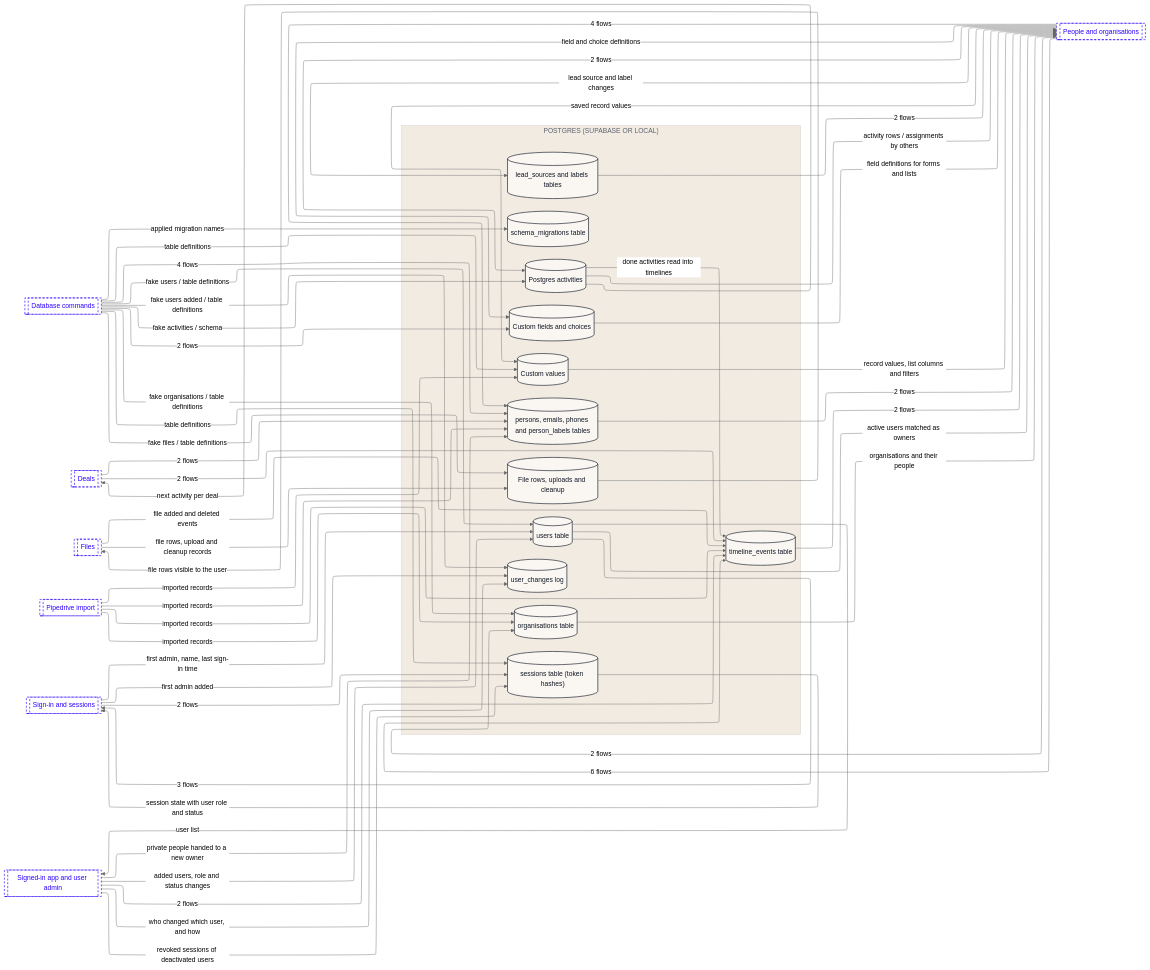
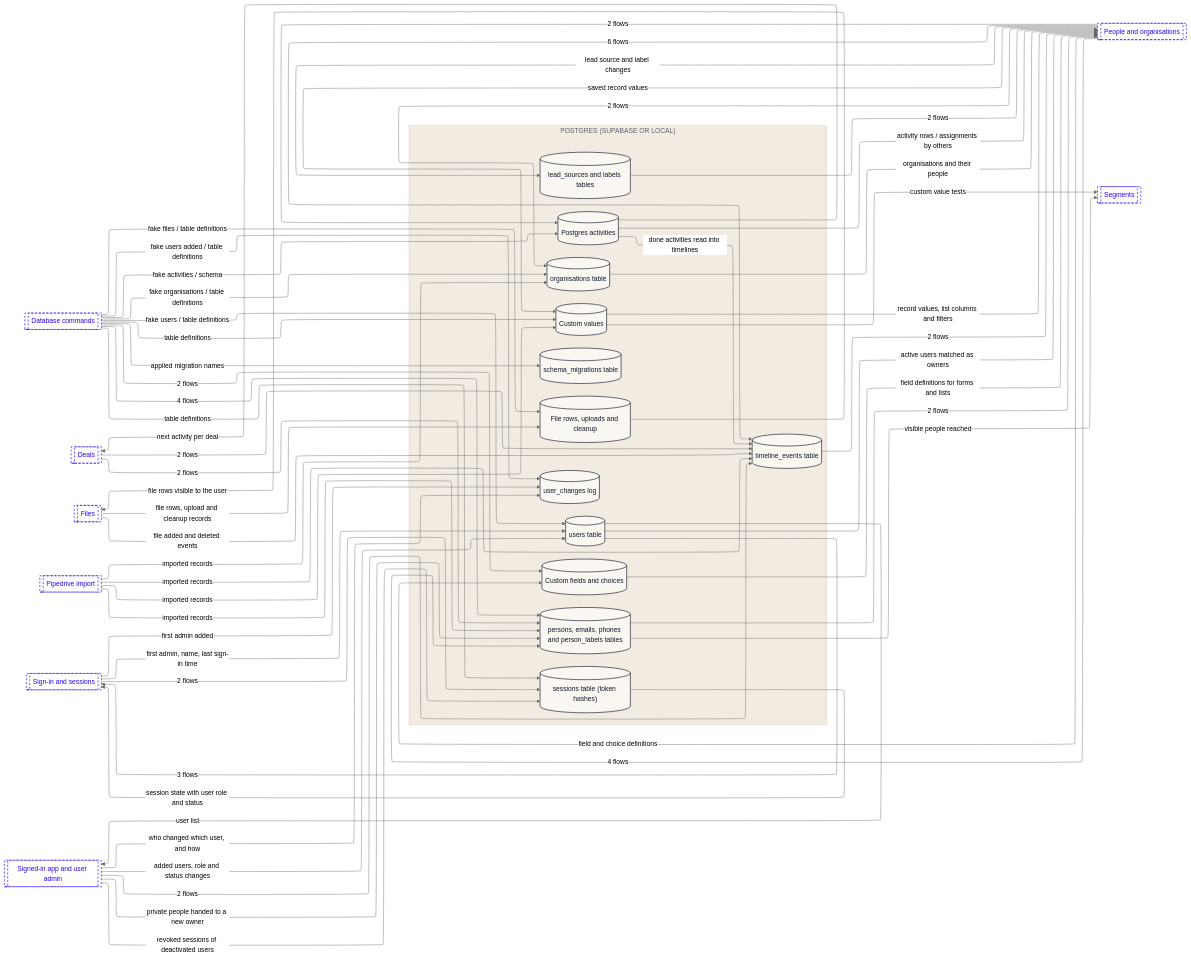
Before and after one commit to Romain-Perche/Barnacle-Pipe: the third of 13 diagrams in dataflow/DATAFLOW.md, drawn with Mermaid (neutral theme). The commit also changed other lines of this file and 8 other files, not shown here.

````diff
--- a/dataflow/DATAFLOW.md
+++ b/dataflow/DATAFLOW.md
@@ -213,8 +222,9 @@
     n15[["Files"]]
     n16[["Pipedrive import"]]
     n17[["People and organisations"]]
-    n18[["Sign-in and sessions"]]
-    n19[["Signed-in app and user admin"]]
+    n18[["Segments"]]
+    n19[["Sign-in and sessions"]]
+    n20[["Signed-in app and user admin"]]
     n17 -->|"2 flows"| n1
     n17 -->|"4 flows"| n7
     n1 -->|"activity rows / assignments by others"| n17
@@ -222,15 +232,16 @@
     n1 -->|"done activities read into timelines"| n10
     n17 -->|"lead source and label changes"| n2
     n2 -->|"2 flows"| n17
-    n18 -->|"2 flows"| n9
-    n18 -->|"first admin added"| n11
-    n18 -->|"first admin, name, last sign-in time"| n12
+    n19 -->|"2 flows"| n9
+    n19 -->|"first admin added"| n11
+    n19 -->|"first admin, name, last sign-in time"| n12
     n17 -->|"2 flows"| n6
     n17 -->|"6 flows"| n10
     n17 -->|"field and choice definitions"| n3
     n17 -->|"saved record values"| n4
     n3 -->|"field definitions for forms and lists"| n17
     n4 -->|"record values, list columns and filters"| n17
+    n4 -->|"custom value tests"| n18
     n14 -->|"2 flows"| n7
     n14 -->|"2 flows"| n10
     n15 -->|"file rows, upload and cleanup records"| n5
@@ -248,20 +259,21 @@
     n13 -->|"fake users / table definitions"| n12
     n6 -->|"organisations and their people"| n17
     n7 -->|"2 flows"| n17
+    n7 -->|"visible people reached"| n18
     n16 -->|"imported records"| n4
     n16 -->|"imported records"| n6
     n16 -->|"imported records"| n7
     n16 -->|"imported records"| n10
-    n9 -->|"session state with user role and status"| n18
+    n9 -->|"session state with user role and status"| n19
     n10 -->|"2 flows"| n17
-    n19 -->|"private people handed to a new owner"| n7
-    n19 -->|"revoked sessions of deactivated users"| n9
-    n19 -->|"2 flows"| n10
-    n19 -->|"who changed which user, and how"| n11
-    n19 -->|"added users, role and status changes"| n12
-    n12 -->|"3 flows"| n18
+    n20 -->|"private people handed to a new owner"| n7
+    n20 -->|"revoked sessions of deactivated users"| n9
+    n20 -->|"2 flows"| n10
+    n20 -->|"who changed which user, and how"| n11
+    n20 -->|"added users, role and status changes"| n12
+    n12 -->|"3 flows"| n19
     n12 -->|"active users matched as owners"| n17
-    n12 -->|"user list"| n19
+    n12 -->|"user list"| n20
     classDef actor fill:#FFFFFF,stroke:#111827,stroke-width:1px,color:#111827
     classDef process fill:#EDEAFF,stroke:#2B00FF,stroke-width:1.5px,color:#111827
     classDef store fill:#FAF6F1,stroke:#111827,stroke-width:1.5px,color:#111827
@@ -269,6 +281,6 @@
     classDef group fill:#2B00FF,stroke:#2B00FF,color:#FFFFFF
     classDef stub fill:#FFFFFF,stroke:#2B00FF,stroke-width:1.5px,stroke-dasharray:5 4,color:#2B00FF
     class n1,n2,n3,n4,n5,n6,n7,n8,n9,n10,n11,n12 store
-    class n13,n14,n15,n16,n17,n18,n19 stub
+    class n13,n14,n15,n16,n17,n18,n19,n20 stub
     style z1 fill:#F1EBE2,stroke:#CFC7BB,color:#5D6270
 ```
````
